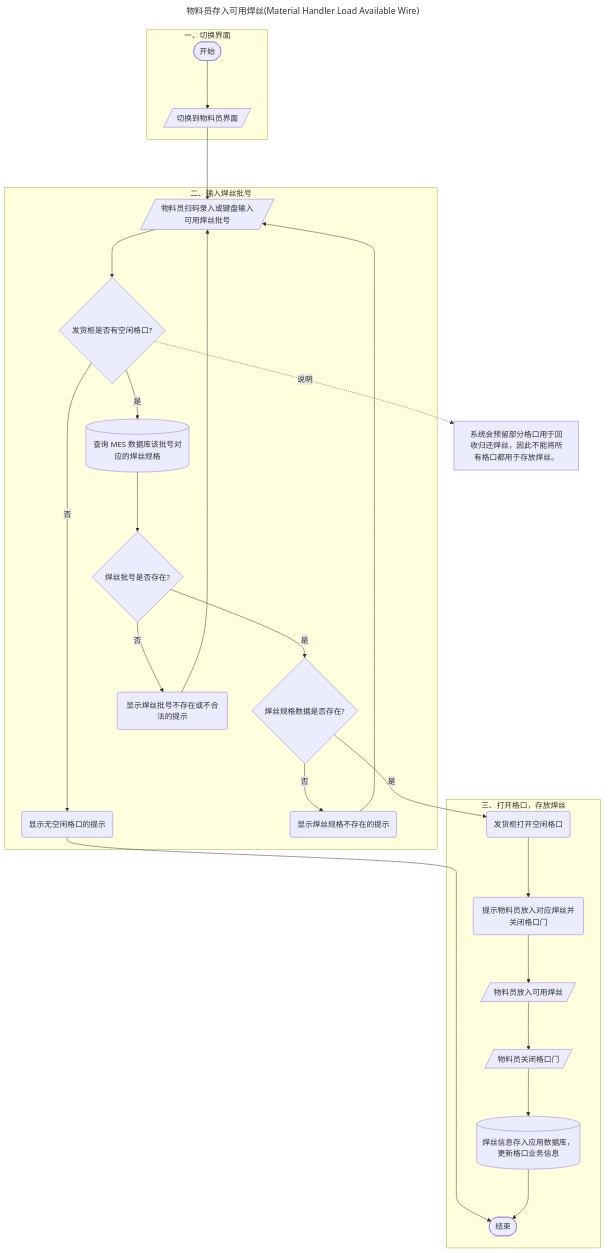
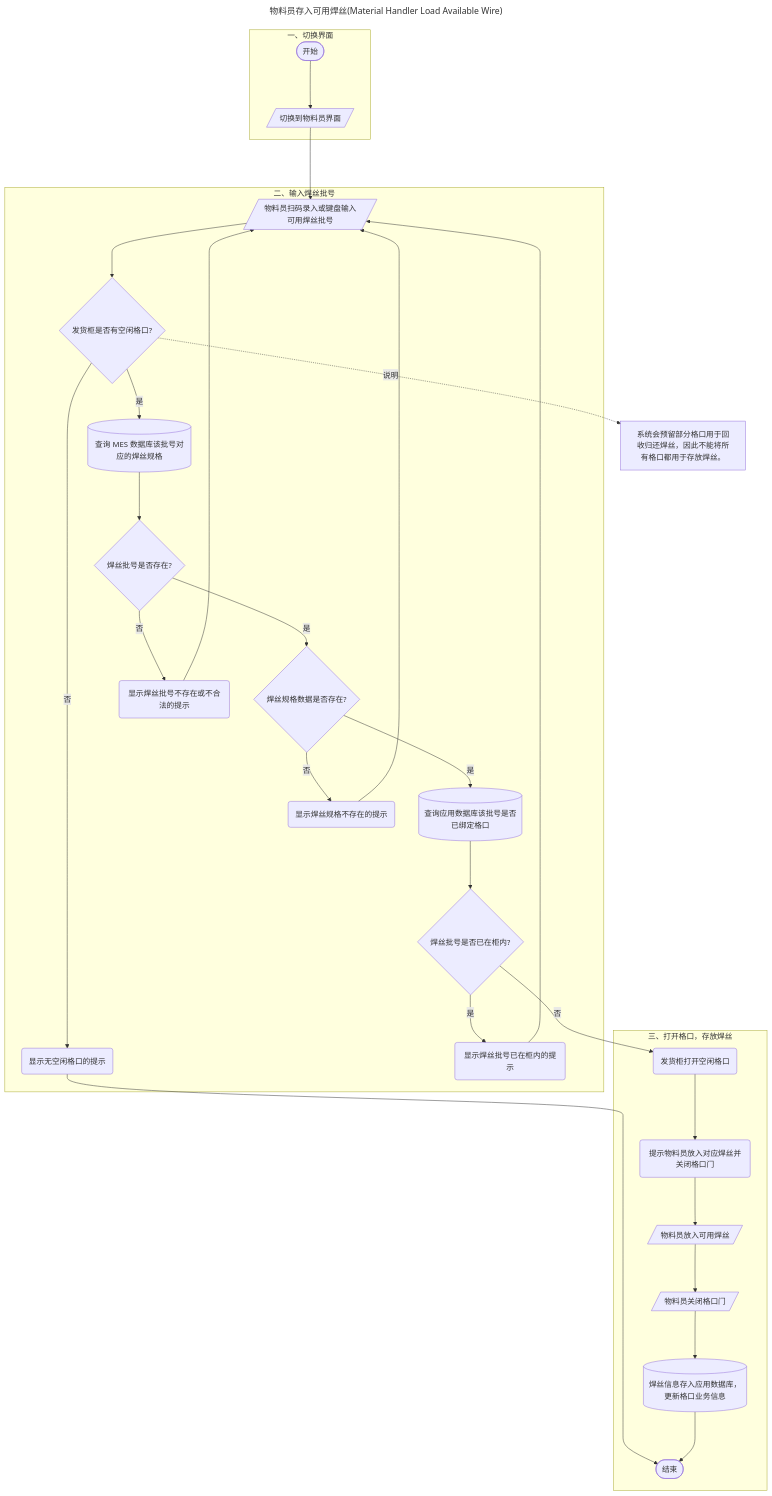
The diagram in requirements/flows/diagrams/物料员存入可用焊丝.md (trytoreachpeak0/AuxiliaryMaterialsMulti-slotRobt), drawn with Mermaid before and after one commit. The commit also changed 106 other files, not shown here.

```diff
--- a/requirements/flows/diagrams/物料员存入可用焊丝.md
+++ b/requirements/flows/diagrams/物料员存入可用焊丝.md
@@ -23,10 +23,13 @@
     checkAvailableSlot{"发货柜是否有空闲格口?"}
     checkWireLotNoExists{"焊丝批号是否存在?"}
     checkWireSpecExists{"焊丝规格数据是否存在?"}
+    queryAppWireLotNo[("查询应用数据库该批号是否已绑定格口")]
+    checkAppWireLotNoAlreadyExists{"焊丝批号是否已在柜内?"}
 %% 1.2.3 异常处理节点
     showNoAvailableSlotMessage("显示无空闲格口的提示")
     showWireLotNoInputInvalidOrNotExistsMessage("显示焊丝批号不存在或不合法的提示")
     showWireSpecNotExistsMessage("显示焊丝规格不存在的提示")
+    showWireLotNoAlreadyInCabinetMessage("显示焊丝批号已在柜内的提示")
 end
 
 %% 1.3 打开格口，存放焊丝
@@ -56,7 +59,9 @@
     checkAvailableSlot -- 是 --> queryWireSpecByLotNo
     queryWireSpecByLotNo ---> checkWireLotNoExists
     checkWireLotNoExists -- 是 --> checkWireSpecExists
-    checkWireSpecExists -- 是 --> openAvailableSlot
+    checkWireSpecExists -- 是 --> queryAppWireLotNo
+    queryAppWireLotNo ---> checkAppWireLotNoAlreadyExists
+    checkAppWireLotNoAlreadyExists -- 否 --> openAvailableSlot
 %% 2.2.2 异常流程1
     checkAvailableSlot -- 否 --> showNoAvailableSlotMessage
     showNoAvailableSlotMessage ---> End
@@ -66,6 +71,9 @@
 %% 2.2.4 异常流程3
     checkWireSpecExists -- 否 --> showWireSpecNotExistsMessage
     showWireSpecNotExistsMessage ---> inputAvailableWireLotNo
+%% 2.2.5 异常流程4
+    checkAppWireLotNoAlreadyExists -- 是 --> showWireLotNoAlreadyInCabinetMessage
+    showWireLotNoAlreadyInCabinetMessage ---> inputAvailableWireLotNo
     
 %% 2.3 打开格口，存放焊丝
 %% 2.3.1 主流程  
```
